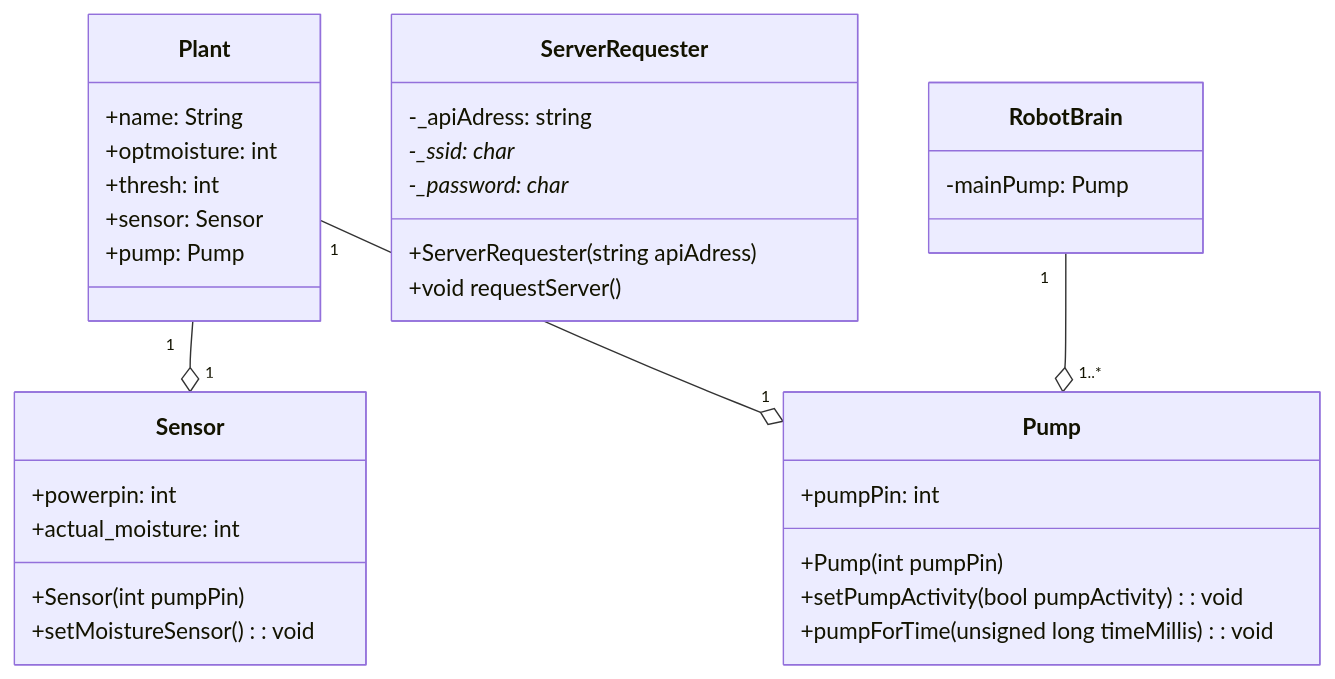
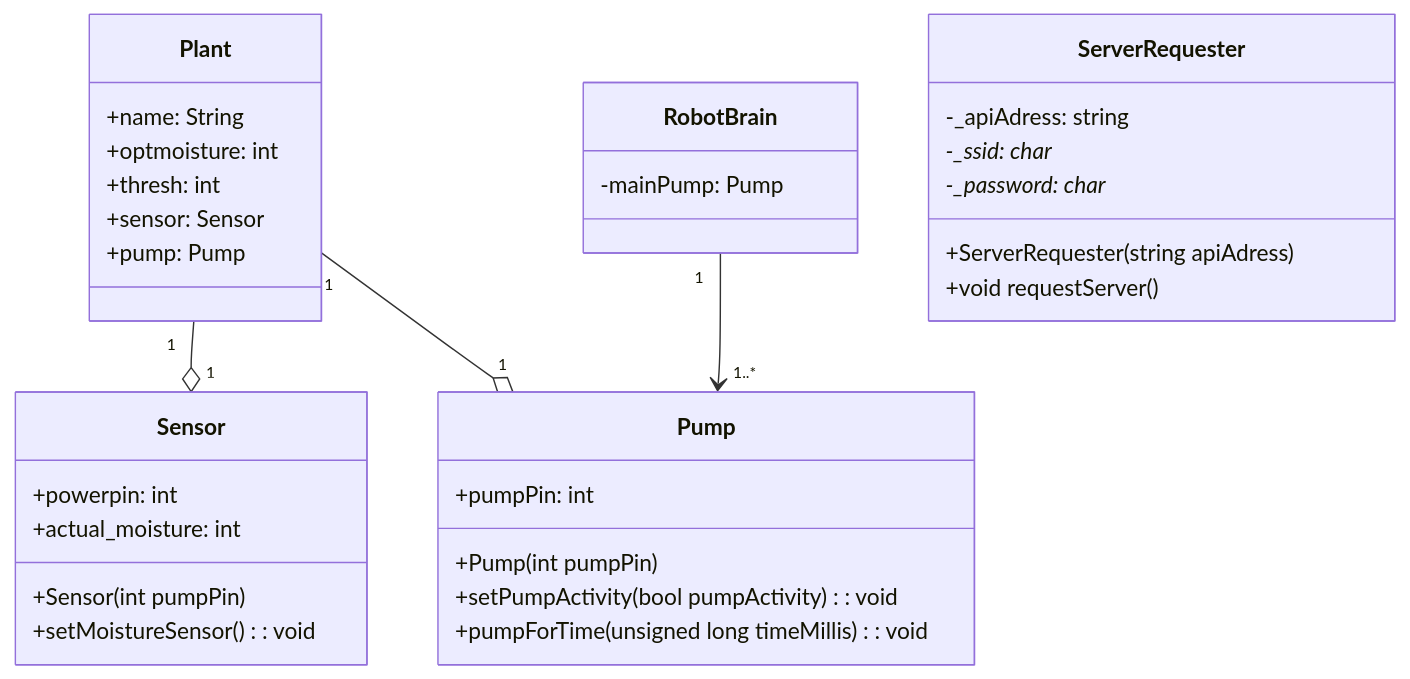
Before and after one commit to Duysburg/PWTech: the diagram in README.md, drawn with Mermaid.

Commit message:
better formatting in README.md

````diff
--- a/README.md
+++ b/README.md
@@ -17,37 +17,37 @@
 ```mermaid
 classDiagram
 class Sensor{
     +powerpin: int
     +actual_moisture: int
     +Sensor(int pumpPin)
     +setMoistureSensor(): void
 }
 class Plant{
     +name: String
     +optmoisture: int
     +thresh: int
     +sensor: Sensor 
     +pump: Pump 
 }
 class Pump{
     +pumpPin: int 
     +Pump(int pumpPin)
     +setPumpActivity(bool pumpActivity): void
     +pumpForTime(unsigned long timeMillis): void
 }
+class RobotBrain{
+    -mainPump: Pump
+}
 class ServerRequester{
     -_apiAdress: string 
     -_ssid: char* 
     -_password: char* 
     +ServerRequester(string apiAdress)
     +void requestServer()
 }
-class RobotBrain{
-    -mainPump: Pump
-}
 
 Plant "1" --o "1" Sensor
 Plant "1" --o "1" Pump
 
-RobotBrain "1" --o "1..*" Pump
+RobotBrain "1" --> "1..*" Pump
 ```
````
